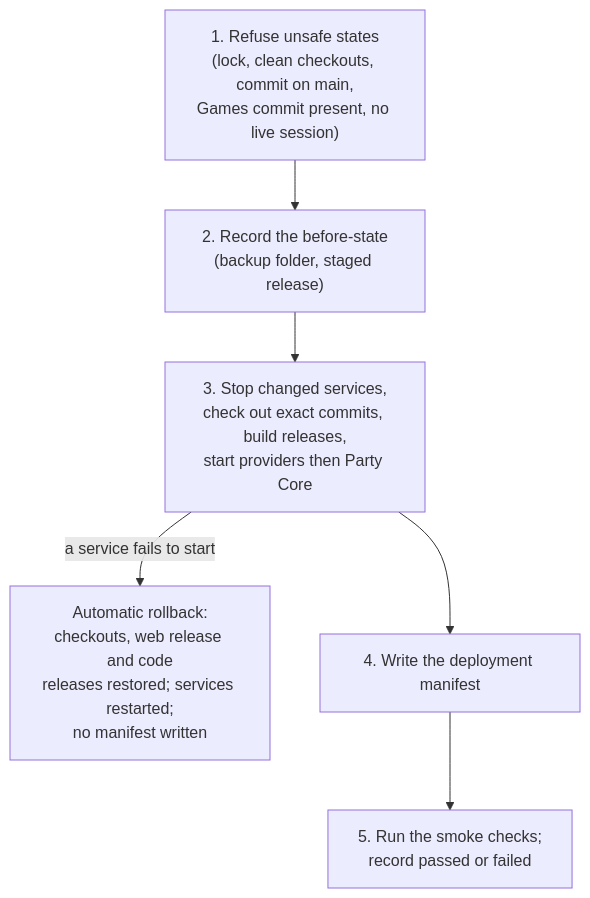
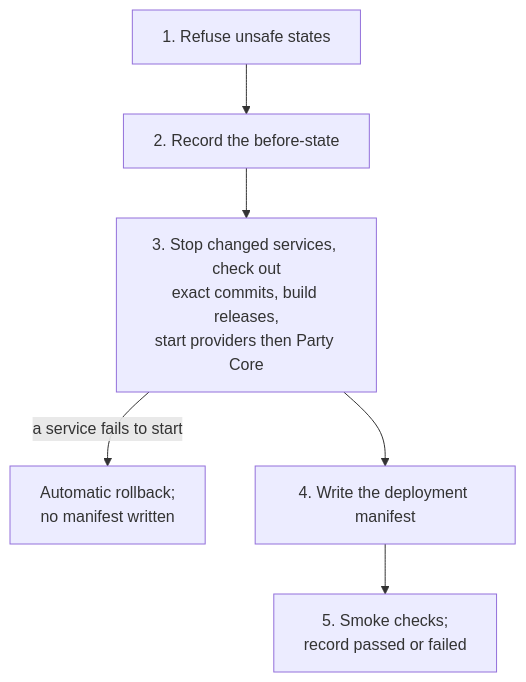
The diagram in docs/project/deployment.md (rcnechamkin/avrana-party-docs), drawn with Mermaid before and after one commit. The commit also changed other lines of this file and 6 other files, not shown here.

````diff
--- a/docs/project/deployment.md
+++ b/docs/project/deployment.md
@@ -85,8 +71,8 @@
 ```mermaid
 flowchart TD
-  A["1. Refuse unsafe states<br/>(lock, clean checkouts, commit on main,<br/>Games commit present, no live session)"] --> B["2. Record the before-state<br/>(backup folder, staged release)"]
-  B --> C["3. Stop changed services,<br/>check out exact commits, build releases,<br/>start providers then Party Core"]
-  C -- "a service fails to start" --> R["Automatic rollback:<br/>checkouts, web release and code<br/>releases restored; services restarted;<br/>no manifest written"]
+  A["1. Refuse unsafe states"] --> B["2. Record the before-state"]
+  B --> C["3. Stop changed services, check out<br/>exact commits, build releases,<br/>start providers then Party Core"]
+  C -- "a service fails to start" --> R["Automatic rollback;<br/>no manifest written"]
   C --> D["4. Write the deployment manifest"]
-  D --> E["5. Run the smoke checks;<br/>record passed or failed"]
+  D --> E["5. Smoke checks;<br/>record passed or failed"]
 ```
````
